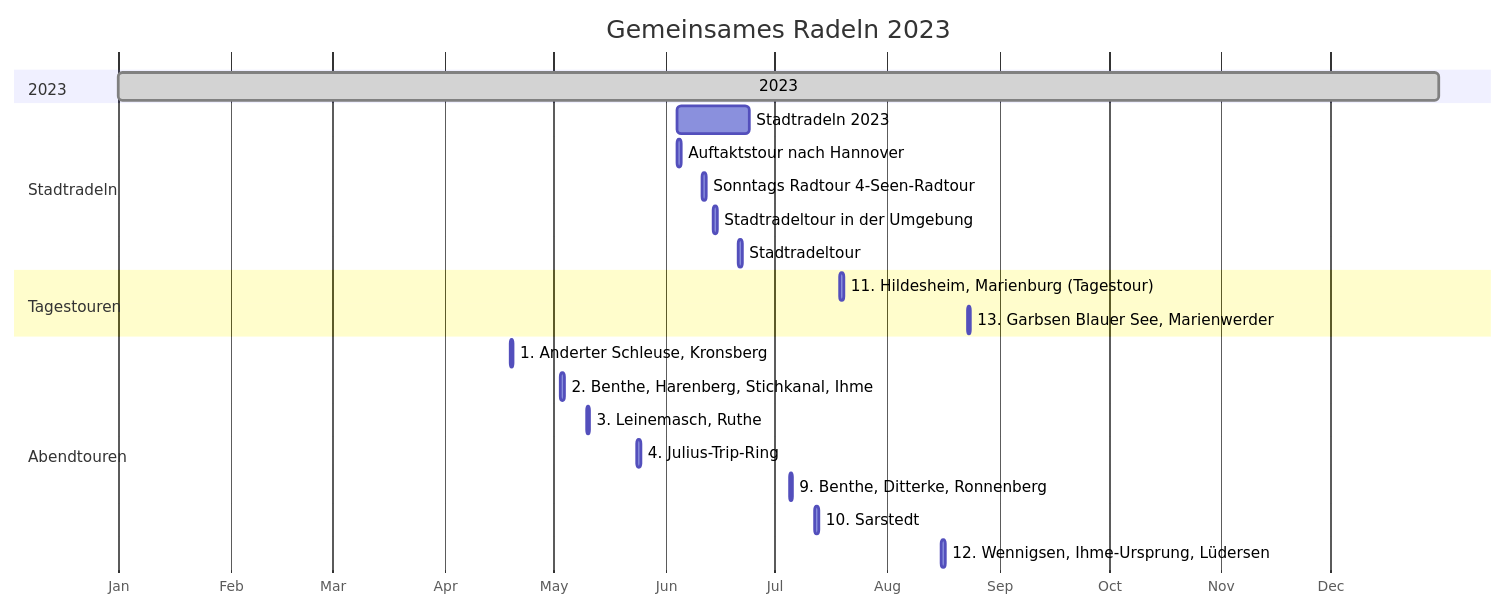
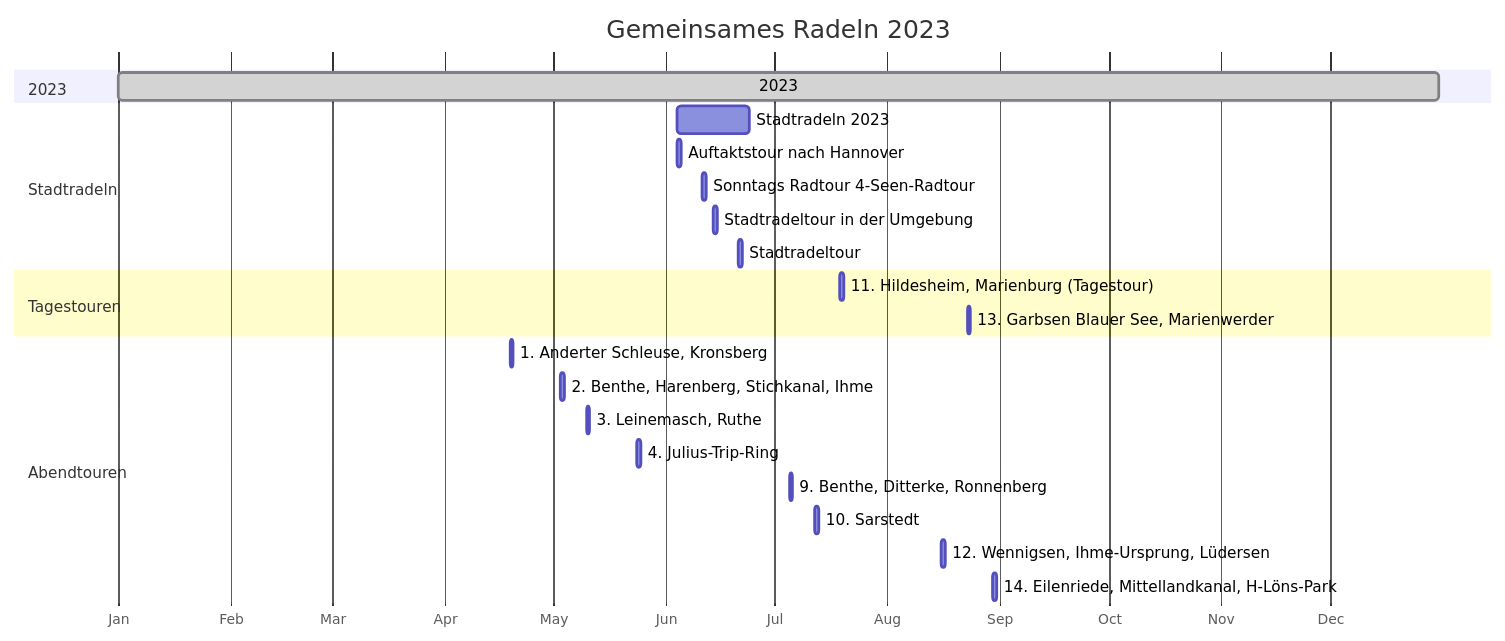
Before and after one commit to adfc-hemmingen-pattensen/pelican-md-soures: the diagram in Touren/Fahrradtouren2023.md, drawn with Mermaid.

````diff
--- a/Touren/Fahrradtouren2023.md
+++ b/Touren/Fahrradtouren2023.md
@@ -10,31 +10,32 @@
 ``` mermaid
 gantt
 dateFormat  YYYY-MM-DD
 title Gemeinsames Radeln 2023
 axisFormat  %b
 todayMarker stroke-width:0px
 
 section 2023
 2023: done, 2023-01-01, 2023-12-31
 
 section Stadtradeln  
 Stadtradeln 2023:          action, 2023-06-04, 2023-06-24
 Auftaktstour nach Hannover:   2023-06-04, 1d
 Sonntags Radtour 4-Seen-Radtour:   2023-06-11, 1d
 Stadtradeltour in der Umgebung:     2023-06-14, 1d
 Stadtradeltour:     2023-06-21, 1d
 
 section Tagestouren
 11. Hildesheim, Marienburg (Tagestour): 2023-07-19, 1d
 13. Garbsen Blauer See, Marienwerder: 2023-08-23, 1d
 
 section Abendtouren
 1. Anderter Schleuse, Kronsberg:      2023-04-19, 1d
 2. Benthe, Harenberg, Stichkanal, Ihme: 2023-05-03, 1d
 3. Leinemasch, Ruthe: 2023-05-10, 1d
 4. Julius-Trip-Ring: 2023-05-24, 1d
 9. Benthe, Ditterke, Ronnenberg: 2023-07-05, 1d
 10. Sarstedt: 2023-07-12, 1d
 12. Wennigsen, Ihme-Ursprung, Lüdersen: 2023-08-16, 1d
+14. Eilenriede, Mittellandkanal, H-Löns-Park: 2023-08-30, 1d
 
 ```
````
